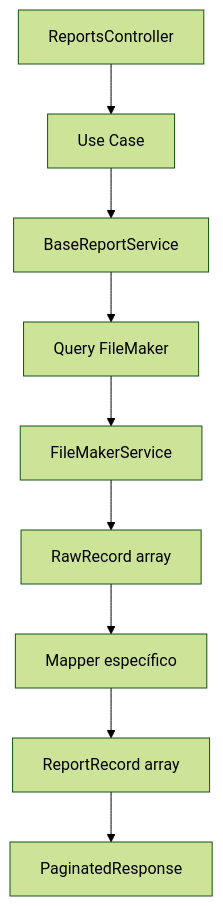
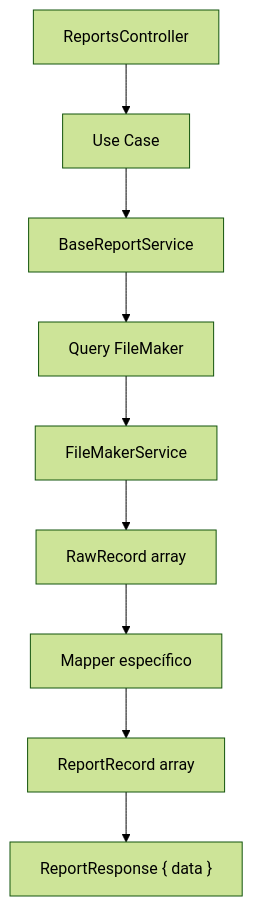
The diagram in docs/jira/tasks/06-reportes.md (99-Soluciones/rep-gen), drawn with Mermaid (forest theme) before and after one commit. The commit also changed other lines of this file and 63 other files, not shown here.

````diff
--- a/docs/jira/tasks/06-reportes.md
+++ b/docs/jira/tasks/06-reportes.md
@@ -21,11 +21,11 @@
 ```mermaid
 flowchart TD
   A[ReportsController] --> B[Use Case]
   B --> C[BaseReportService]
   C --> D[Query FileMaker]
   D --> E[FileMakerService]
   E --> F[RawRecord array]
   F --> G[Mapper específico]
   G --> H[ReportRecord array]
-  H --> I[PaginatedResponse]
+  H --> I["ReportResponse { data }"]
 ```
````
